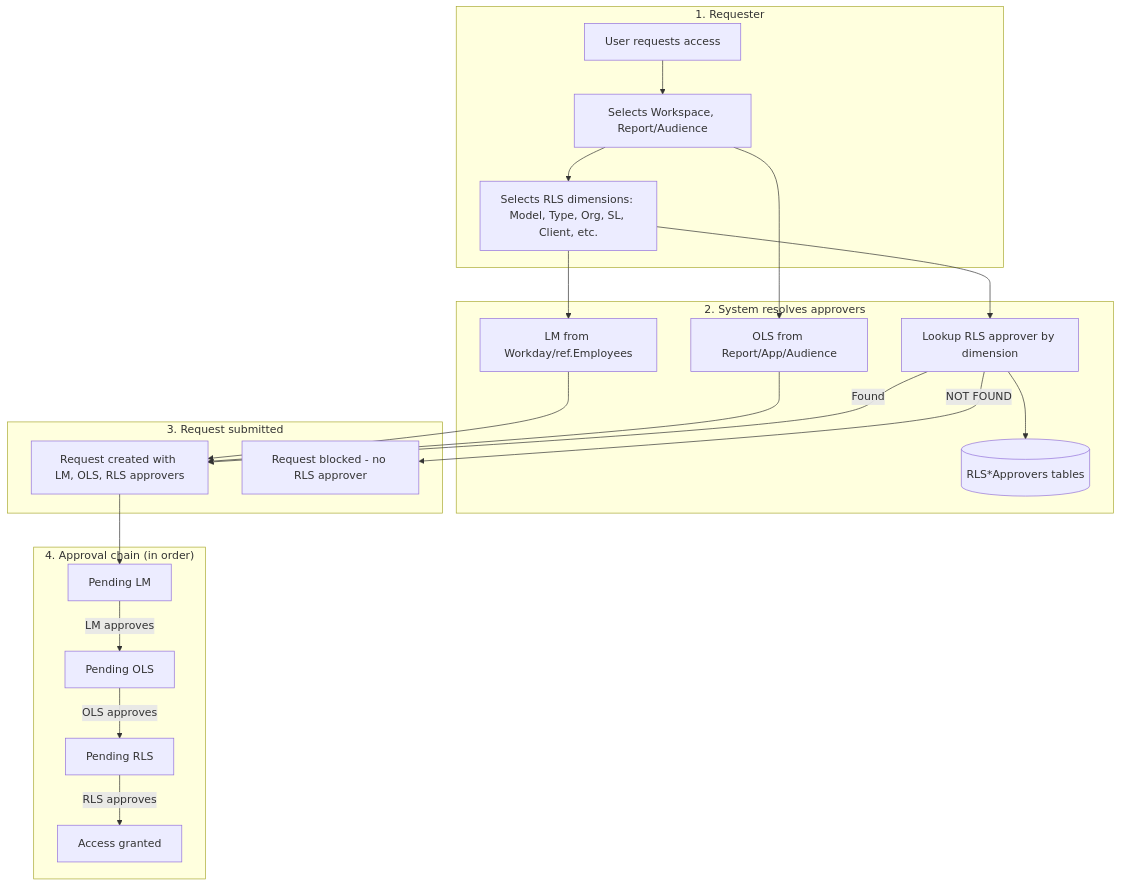
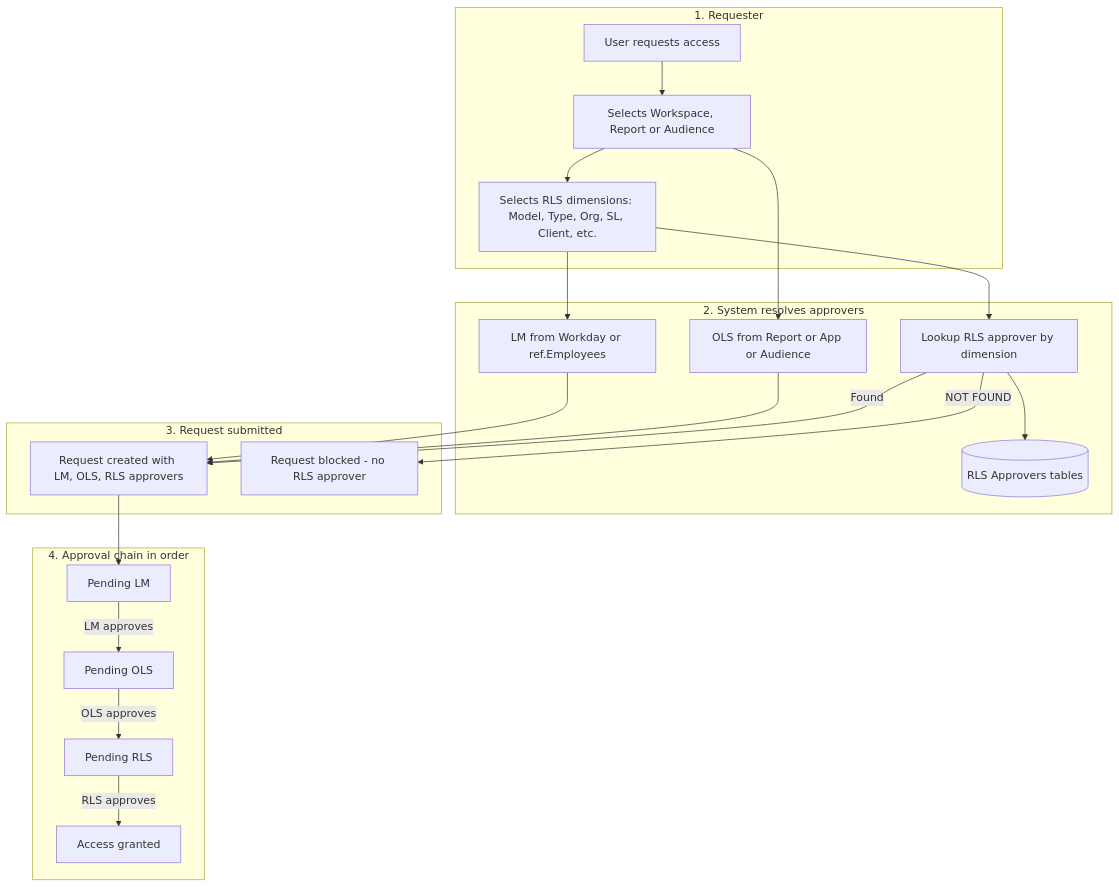
The first of 13 diagrams in sakura-v2/scripts/video-script/explain/RLS_APPROVER_ASSIGN_REASSIGN_GUIDE.md (shashankdkte/dev-drop), drawn with Mermaid before and after one commit. The commit also changed other lines of this file, not shown here.

````diff
--- a/sakura-v2/scripts/video-script/explain/RLS_APPROVER_ASSIGN_REASSIGN_GUIDE.md
+++ b/sakura-v2/scripts/video-script/explain/RLS_APPROVER_ASSIGN_REASSIGN_GUIDE.md
@@ -70,39 +70,39 @@
 ```mermaid
 flowchart TB
     subgraph Requester["1. Requester"]
         R1[User requests access]
-        R2[Selects Workspace, Report/Audience]
+        R2[Selects Workspace, Report or Audience]
         R3[Selects RLS dimensions: Model, Type, Org, SL, Client, etc.]
         R1 --> R2 --> R3
     end
 
     subgraph Resolve["2. System resolves approvers"]
-        LM[LM from Workday/ref.Employees]
-        OLS[OLS from Report/App/Audience]
-        RLS_DB[(RLS*Approvers tables)]
+        LM[LM from Workday or ref.Employees]
+        OLS[OLS from Report or App or Audience]
+        RLS_DB[("RLS Approvers tables")]
         RLS_LOOKUP[Lookup RLS approver by dimension]
         R3 --> LM
         R2 --> OLS
         R3 --> RLS_LOOKUP
         RLS_LOOKUP --> RLS_DB
     end
 
     subgraph Submit["3. Request submitted"]
         SUB[Request created with LM, OLS, RLS approvers]
         LM --> SUB
         OLS --> SUB
         RLS_LOOKUP -->|Found| SUB
         RLS_LOOKUP -->|NOT FOUND| BLOCK[Request blocked - no RLS approver]
     end
 
-    subgraph Chain["4. Approval chain (in order)"]
+    subgraph Chain["4. Approval chain in order"]
         P1[Pending LM]
         P2[Pending OLS]
         P3[Pending RLS]
         DONE[Access granted]
         SUB --> P1
         P1 -->|LM approves| P2
         P2 -->|OLS approves| P3
         P3 -->|RLS approves| DONE
     end
 ```
````
